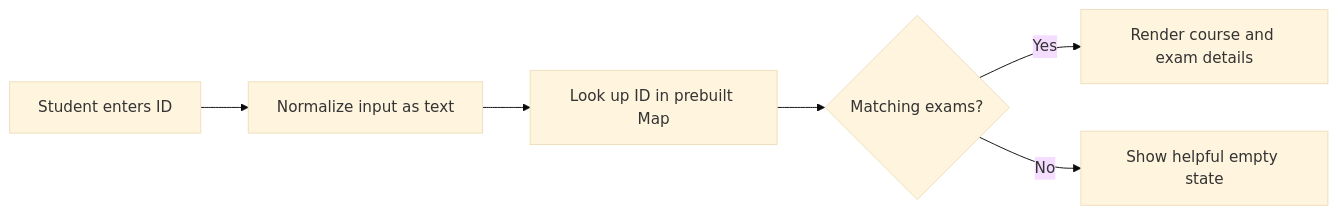
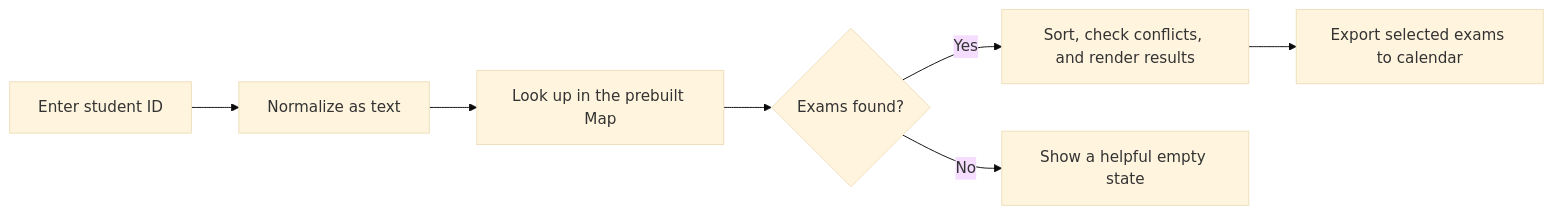
Before and after one commit to mo-abdo28/midterm-schedule-fall-2026: the diagram in README.md, drawn with Mermaid (base theme). The commit also changed other lines of this file and 4 other files, not shown here.

````diff
--- a/README.md
+++ b/README.md
@@ -36,8 +46,9 @@
 ```mermaid
 flowchart LR
-    A[Student enters ID] --> B[Normalize input as text]
-    B --> C[Look up ID in prebuilt Map]
-    C --> D{Matching exams?}
-    D -->|Yes| E[Render course and exam details]
-    D -->|No| F[Show helpful empty state]
+    A[Enter student ID] --> B[Normalize as text]
+    B --> C[Look up in the prebuilt Map]
+    C --> D{Exams found?}
+    D -->|Yes| E[Sort, check conflicts, and render results]
+    E --> F[Export selected exams to calendar]
+    D -->|No| G[Show a helpful empty state]
 ```
````
